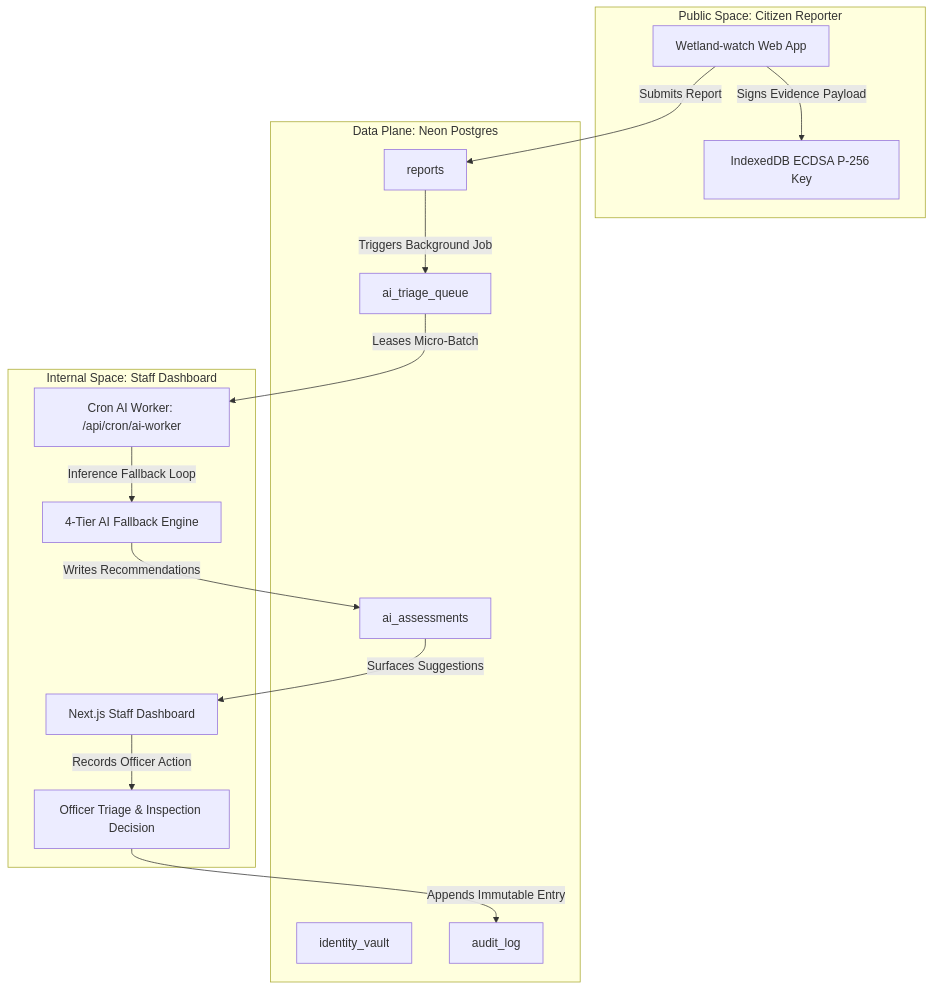
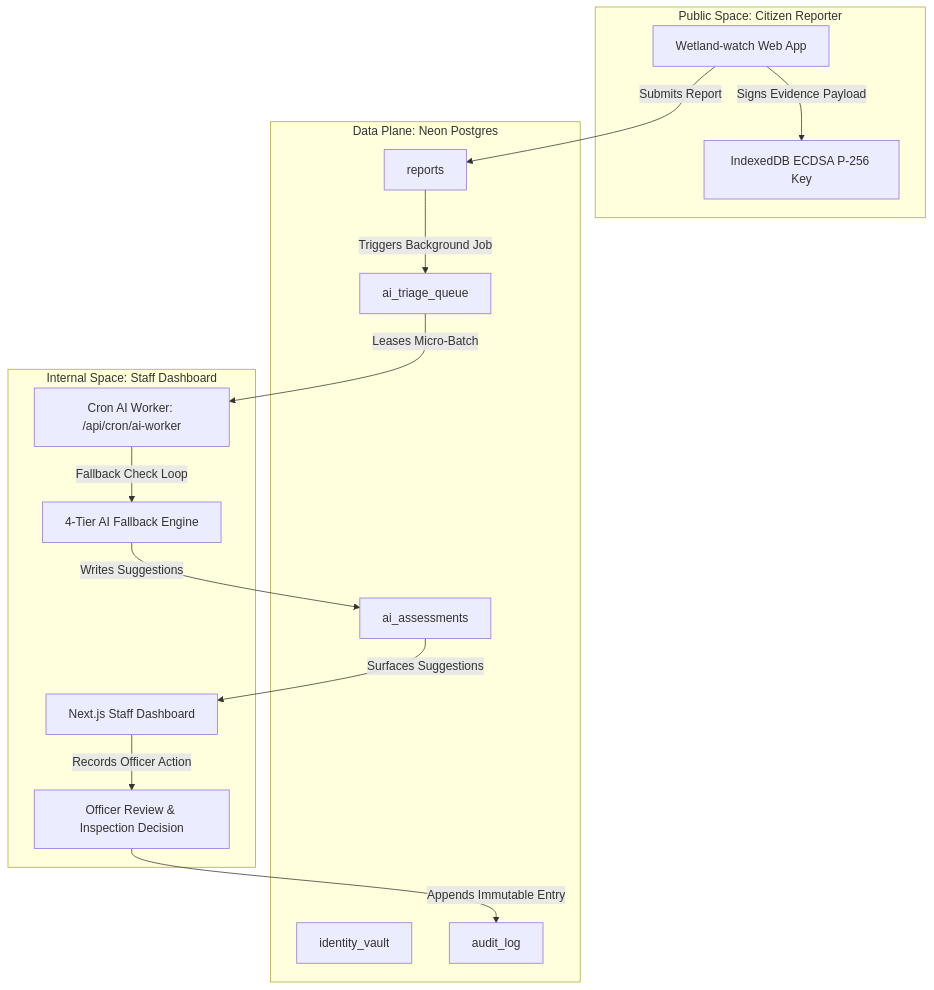
The diagram in README.md (EleanorNabaloga/wetland-nema), drawn with Mermaid before and after one commit. The commit also changed other lines of this file and 10 other files, not shown here.

````diff
--- a/README.md
+++ b/README.md
@@ -22,33 +22,33 @@
 ```mermaid
 flowchart TD
     subgraph PublicSpace["Public Space: Citizen Reporter"]
         ReporterApp["Wetland-watch Web App"]
         HardwareKey["IndexedDB ECDSA P-256 Key"]
         ReporterApp -->|Signs Evidence Payload| HardwareKey
     end
 
     subgraph DataPlane["Data Plane: Neon Postgres"]
         ReportsTable["reports"]
         QueueTable["ai_triage_queue"]
         AssessmentsTable["ai_assessments"]
         VaultTable["identity_vault"]
         AuditTable["audit_log"]
         ReportsTable -->|Triggers Background Job| QueueTable
     end
 
     subgraph InternalSpace["Internal Space: Staff Dashboard"]
         WorkerCron["Cron AI Worker: /api/cron/ai-worker"]
         FallbackEngine["4-Tier AI Fallback Engine"]
         StaffUI["Next.js Staff Dashboard"]
-        OfficerReview["Officer Triage & Inspection Decision"]
+        OfficerReview["Officer Review & Inspection Decision"]
 
         QueueTable -->|Leases Micro-Batch| WorkerCron
-        WorkerCron -->|Inference Fallback Loop| FallbackEngine
-        FallbackEngine -->|Writes Recommendations| AssessmentsTable
+        WorkerCron -->|Fallback Check Loop| FallbackEngine
+        FallbackEngine -->|Writes Suggestions| AssessmentsTable
         AssessmentsTable -->|Surfaces Suggestions| StaffUI
         StaffUI -->|Records Officer Action| OfficerReview
         OfficerReview -->|Appends Immutable Entry| AuditTable
     end
 
     ReporterApp -->|Submits Report| ReportsTable
 ```
````
